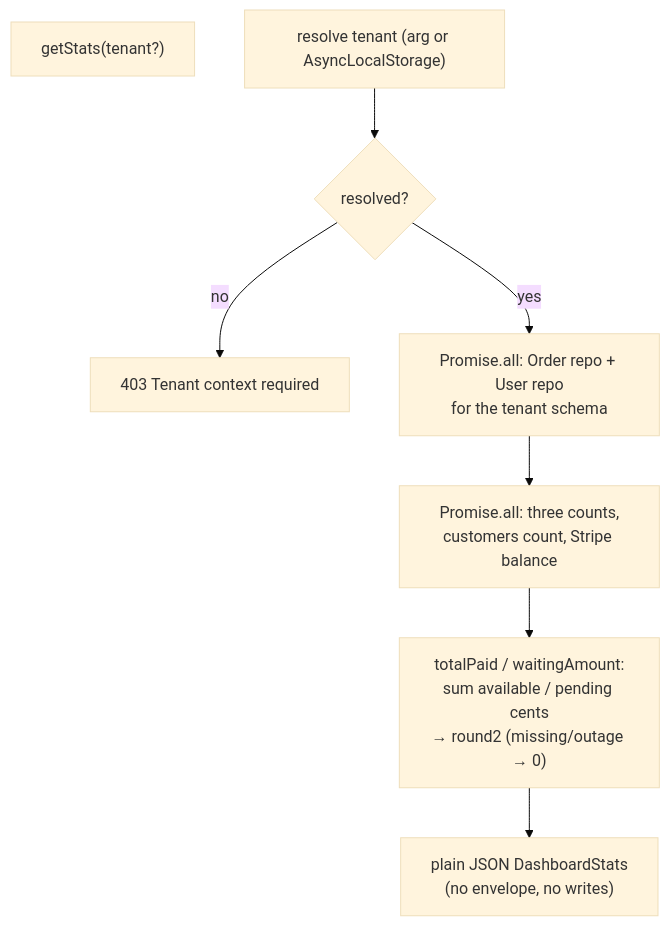
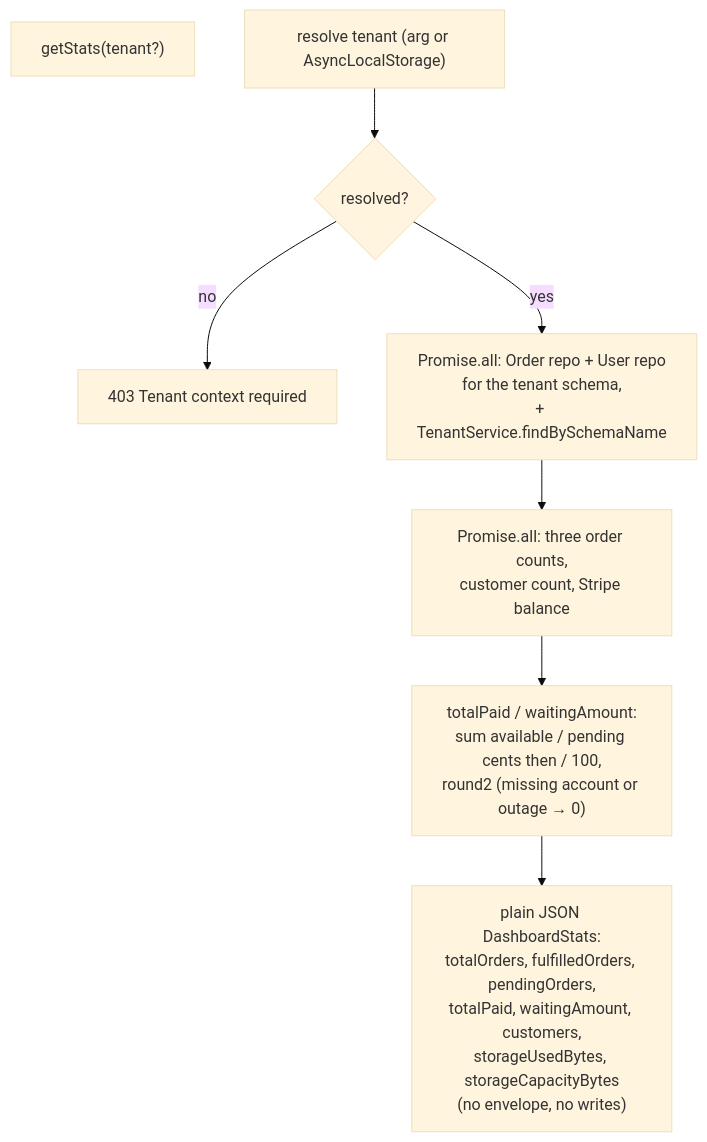
The second of 2 diagrams in apps/api/src/modules/dashboard/workflow.md (DevBassel/saas_commerce), drawn with Mermaid (base theme) before and after one commit. The commit also changed other lines of this file and 100 other files, not shown here.

````diff
--- a/apps/api/src/modules/dashboard/workflow.md
+++ b/apps/api/src/modules/dashboard/workflow.md
@@ -28,10 +30,10 @@
 ```mermaid
 flowchart TD
     GS["getStats(tenant?)"]
         G0["resolve tenant (arg or AsyncLocalStorage)"] --> G1{"resolved?"}
         G1 -->|"no"| G1E["403 Tenant context required"]
-        G1 -->|"yes"| G2["Promise.all: Order repo + User repo<br/>for the tenant schema"]
-        G2 --> G3["Promise.all: three counts,<br/>customers count, Stripe balance"]
-        G3 --> G4["totalPaid / waitingAmount:<br/>sum available / pending cents<br/>→ round2 (missing/outage → 0)"]
-        G4 --> G5["plain JSON DashboardStats<br/>(no envelope, no writes)"]
+        G1 -->|"yes"| G2["Promise.all: Order repo + User repo<br/>for the tenant schema,<br/>+ TenantService.findBySchemaName"]
+        G2 --> G3["Promise.all: three order counts,<br/>customer count, Stripe balance"]
+        G3 --> G4["totalPaid / waitingAmount:<br/>sum available / pending cents then / 100,<br/>round2 (missing account or outage → 0)"]
+        G4 --> G5["plain JSON DashboardStats:<br/>totalOrders, fulfilledOrders, pendingOrders,<br/>totalPaid, waitingAmount, customers,<br/>storageUsedBytes, storageCapacityBytes<br/>(no envelope, no writes)"]
 ```
````
